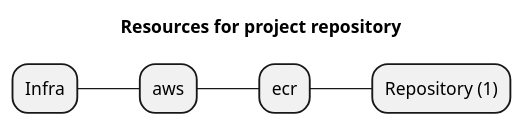
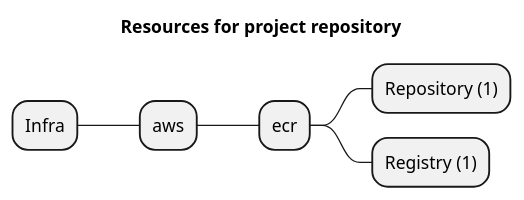
One commit to grucloud/grucloud changed the diagram in examples/aws/ecr/repository/artifacts/resources-mindmap.puml. Above: the diagram before and after it, drawn with PlantUML. The commit also changed 19 other files, not shown here.

```diff
--- a/examples/aws/ecr/repository/artifacts/resources-mindmap.puml
+++ b/examples/aws/ecr/repository/artifacts/resources-mindmap.puml
@@ -1,8 +1,9 @@
 @startmindmap
 title Resources for project repository
 skinparam monochrome true
 + Infra
 ++ aws
 +++ ecr
 ++++ Repository (1)
+++++ Registry (1)
 @endmindmap
```
